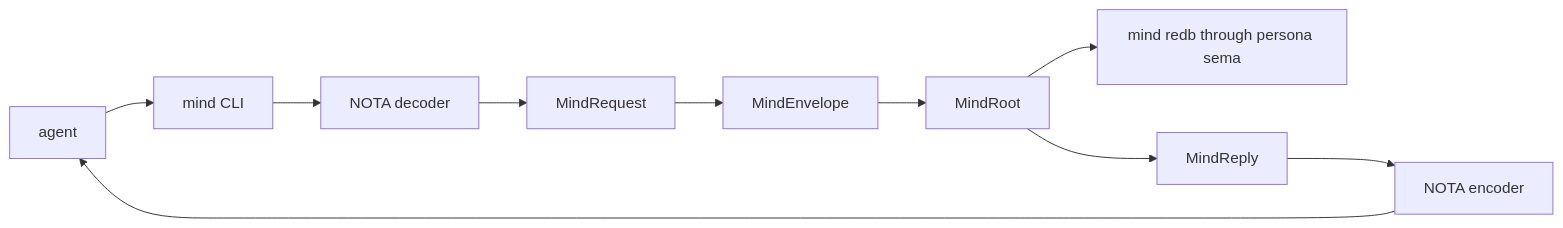
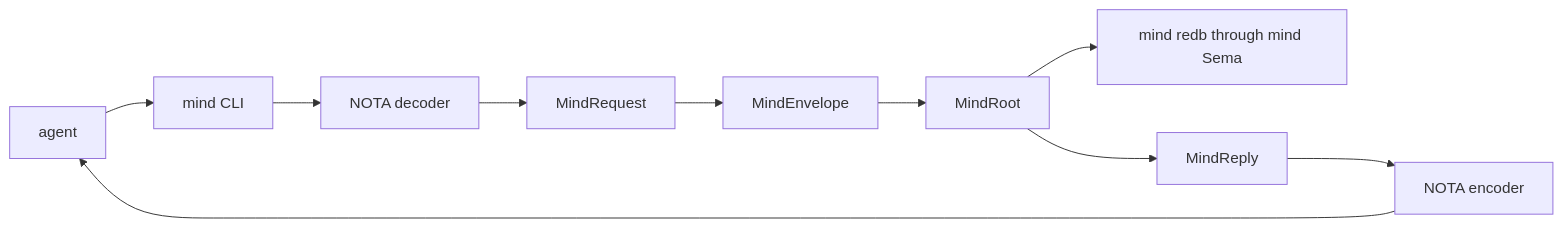
One commit to LiGoldragon/primary changed the fifth of 13 diagrams in reports/operator/105-command-line-mind-architecture-survey.md. Above: the diagram before and after it, drawn with Mermaid. The commit also changed other lines of this file and 3 other files, not shown here.

Commit message:
docs: settle command-line mind architecture

````diff
--- a/reports/operator/105-command-line-mind-architecture-survey.md
+++ b/reports/operator/105-command-line-mind-architecture-survey.md
@@ -279,12 +279,12 @@
 ```mermaid
-flowchart LR
+graph LR
     agent[agent] --> cli[mind CLI]
     cli --> decoder[NOTA decoder]
     decoder --> request[MindRequest]
     request --> envelope[MindEnvelope]
     envelope --> root[MindRoot]
-    root --> state[mind redb through persona sema]
+    root --> state[mind redb through mind Sema]
     root --> reply[MindReply]
     reply --> encoder[NOTA encoder]
     encoder --> agent
 ```
````
